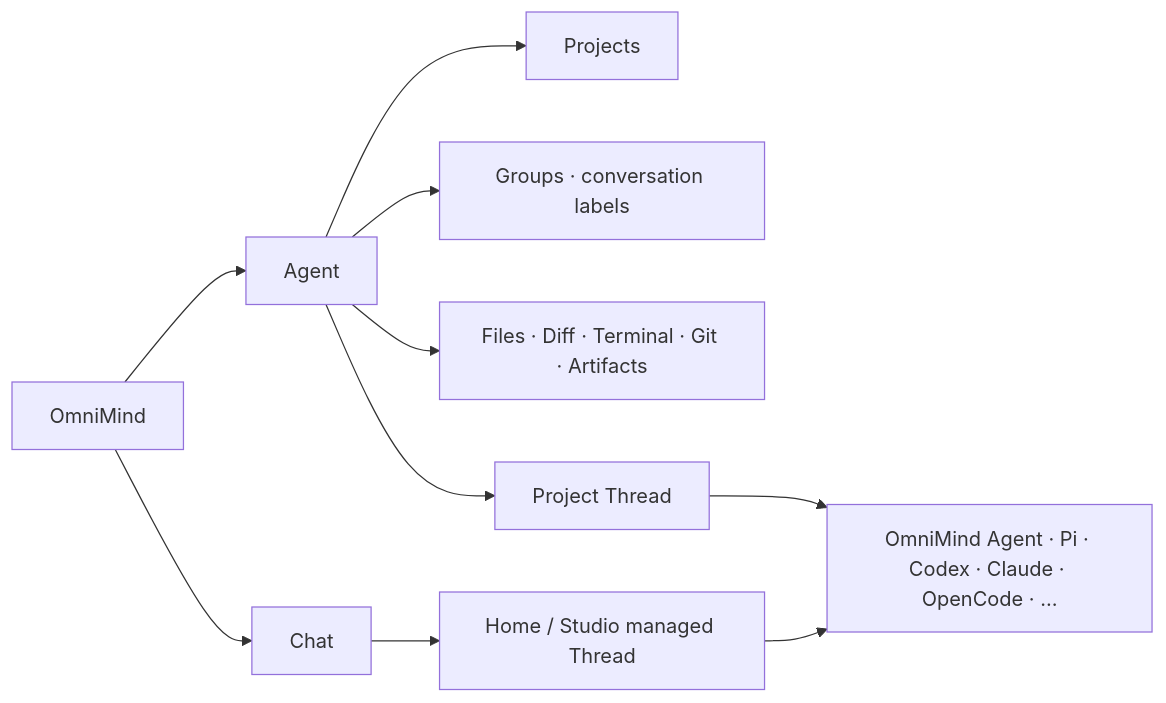
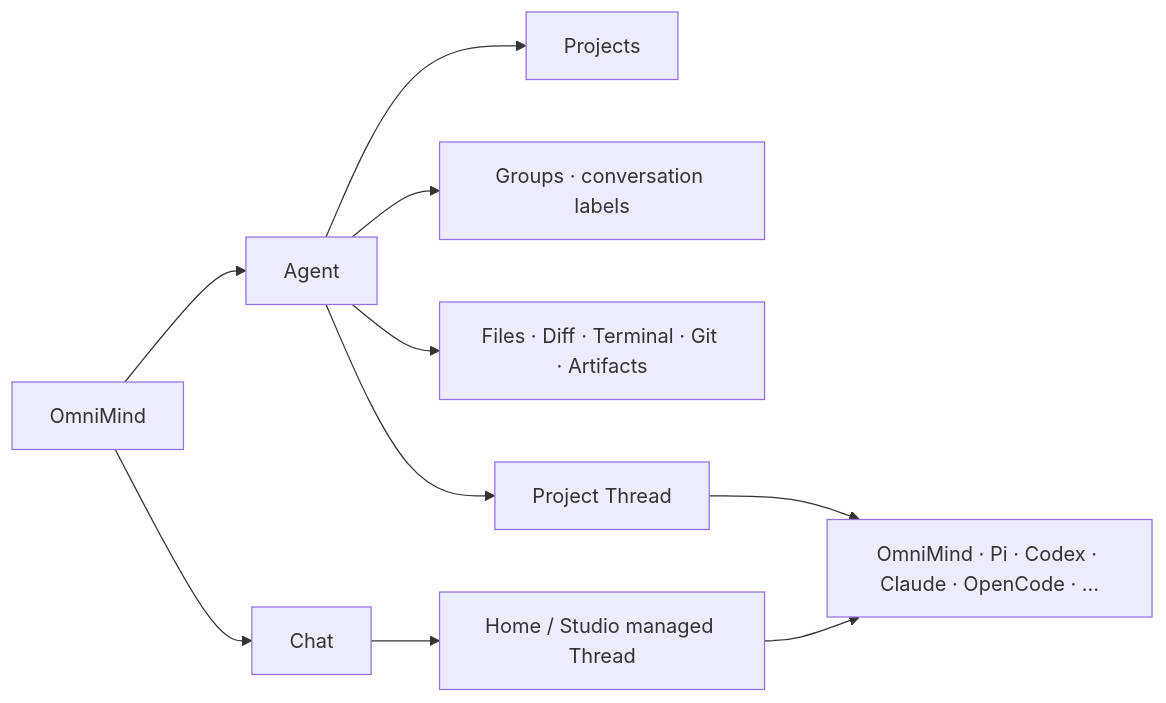
The diagram in architecture/workbench.md (piai-lab/Haros), drawn with Mermaid before and after one commit. The commit also changed other lines of this file and 5 other files, not shown here.

````diff
--- a/architecture/workbench.md
+++ b/architecture/workbench.md
@@ -22,12 +22,12 @@
 ```mermaid
 flowchart LR
     Root["OmniMind"] --> Agent["Agent"]
     Root --> Chat["Chat"]
     Agent --> Projects["Projects"]
     Agent --> Groups["Groups · conversation labels"]
     Agent --> Workbench["Files · Diff · Terminal · Git · Artifacts"]
     Agent --> Thread["Project Thread"]
     Chat --> Studio["Home / Studio managed Thread"]
-    Thread --> Providers["OmniMind Agent · Pi · Codex · Claude · OpenCode · …"]
+    Thread --> Providers["OmniMind · Pi · Codex · Claude · OpenCode · …"]
     Studio --> Providers
 ```
````
